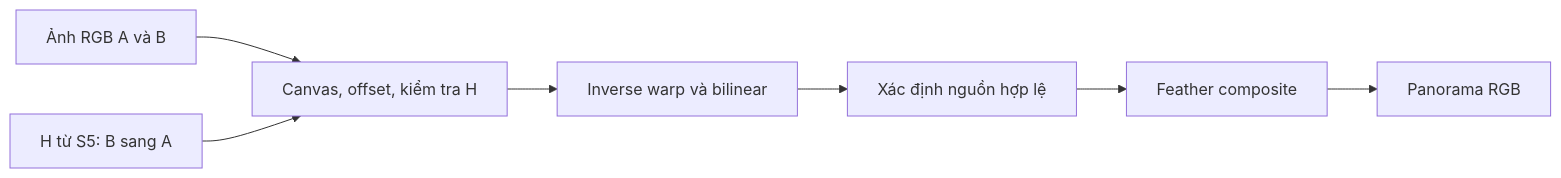
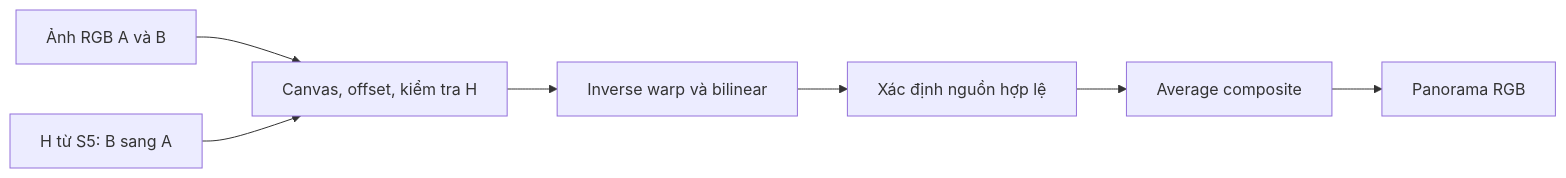
One commit to nh-atuan/panorama-stitching changed the diagram in docs/stages/s6-warp-blend.md. Above: the diagram before and after it, drawn with Mermaid. The commit also changed other lines of this file and 2 other files, not shown here.

````diff
--- a/docs/stages/s6-warp-blend.md
+++ b/docs/stages/s6-warp-blend.md
@@ -78,9 +78,9 @@
 ```mermaid
 flowchart LR
     A["Ảnh RGB A và B"] --> G["Canvas, offset, kiểm tra H"]
     H["H từ S5: B sang A"] --> G
     G --> W["Inverse warp và bilinear"]
     W --> V["Xác định nguồn hợp lệ"]
-    V --> B["Feather composite"]
+    V --> B["Average composite"]
     B --> P["Panorama RGB"]
 ```
````
